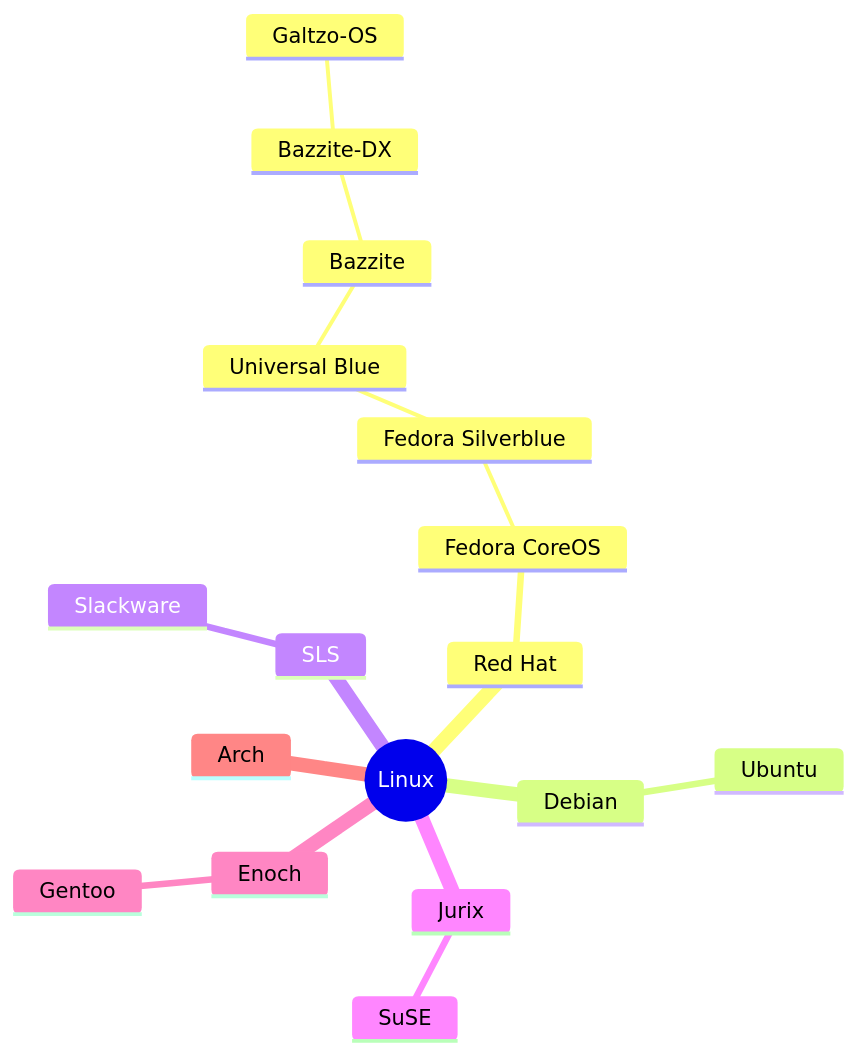
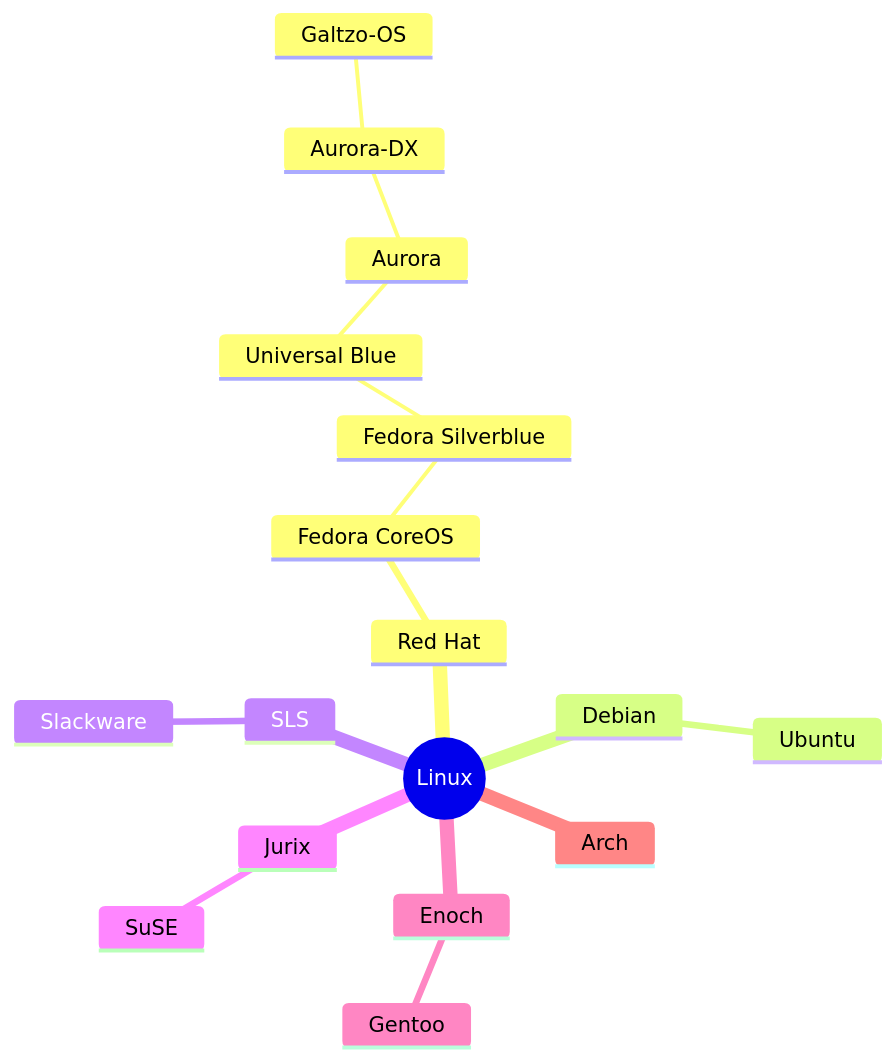
The diagram in README.md (pboling/galtzo-os), drawn with Mermaid before and after one commit. The commit also changed other lines of this file, not shown here.

Commit message:
📝 Update README => Back to Aurora; Bye Bazzite!

````diff
--- a/README.md
+++ b/README.md
@@ -7,21 +7,21 @@
 ```mermaid
 mindmap
   root((Linux))
     Red Hat
       Fedora CoreOS
         Fedora Silverblue
           Universal Blue
-            Bazzite
-              Bazzite-DX
+            Aurora
+              Aurora-DX
                 Galtzo-OS
-                  
+
     Debian
       Ubuntu
     SLS
       Slackware
     Jurix
       SuSE
     Enoch
       Gentoo
     Arch
 ```
````
